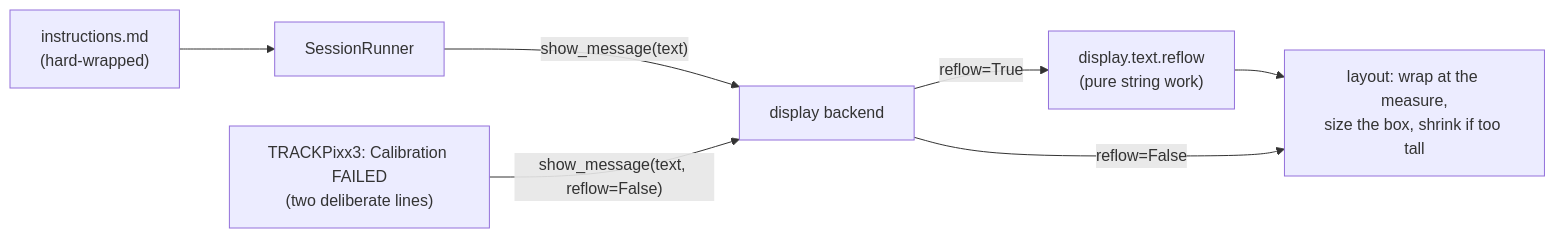
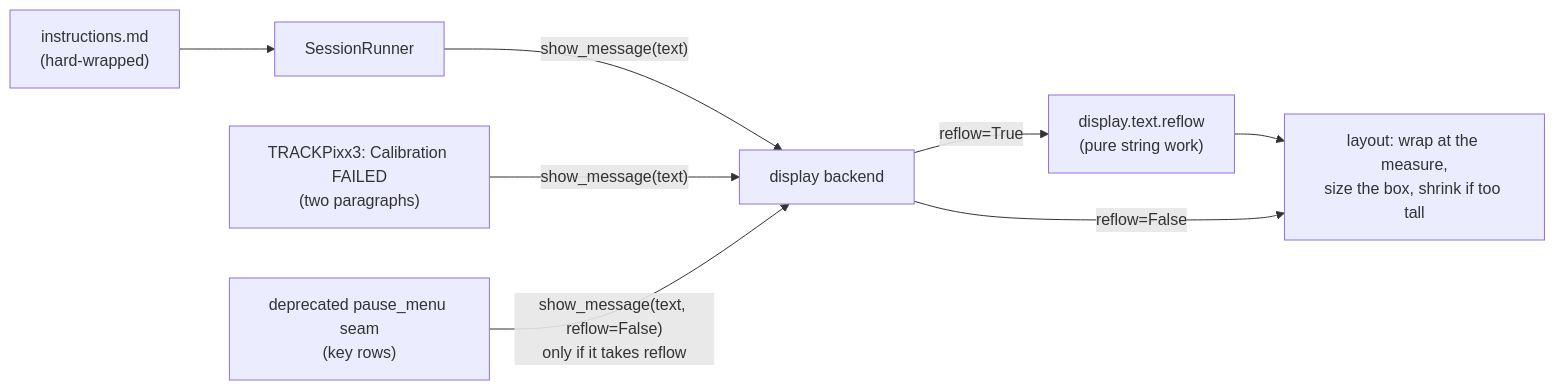
One commit to sh4r11f/alhazen changed the fifth of 5 diagrams in docs/architecture.md. Above: the diagram before and after it, drawn with Mermaid. The commit also changed other lines of this file and 7 other files, not shown here.

````diff
--- a/docs/architecture.md
+++ b/docs/architecture.md
@@ -959,9 +959,10 @@
 ```mermaid
 flowchart LR
     SRC["instructions.md<br/>(hard-wrapped)"] --> RUN["SessionRunner"]
     RUN -->|"show_message(text)"| BE["display backend"]
-    CAL["TRACKPixx3: Calibration FAILED<br/>(two deliberate lines)"] -->|"show_message(text, reflow=False)"| BE
+    CAL["TRACKPixx3: Calibration FAILED<br/>(two paragraphs)"] -->|"show_message(text)"| BE
+    PM["deprecated pause_menu seam<br/>(key rows)"] -->|"show_message(text, reflow=False)<br/>only if it takes reflow"| BE
     BE -->|"reflow=True"| RF["display.text.reflow<br/>(pure string work)"]
     RF --> LAY["layout: wrap at the measure,<br/>size the box, shrink if too tall"]
     BE -->|"reflow=False"| LAY
 ```
````
